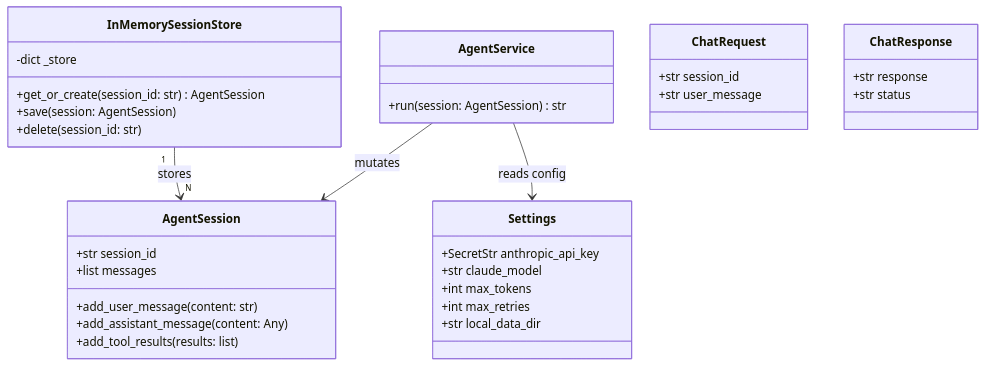
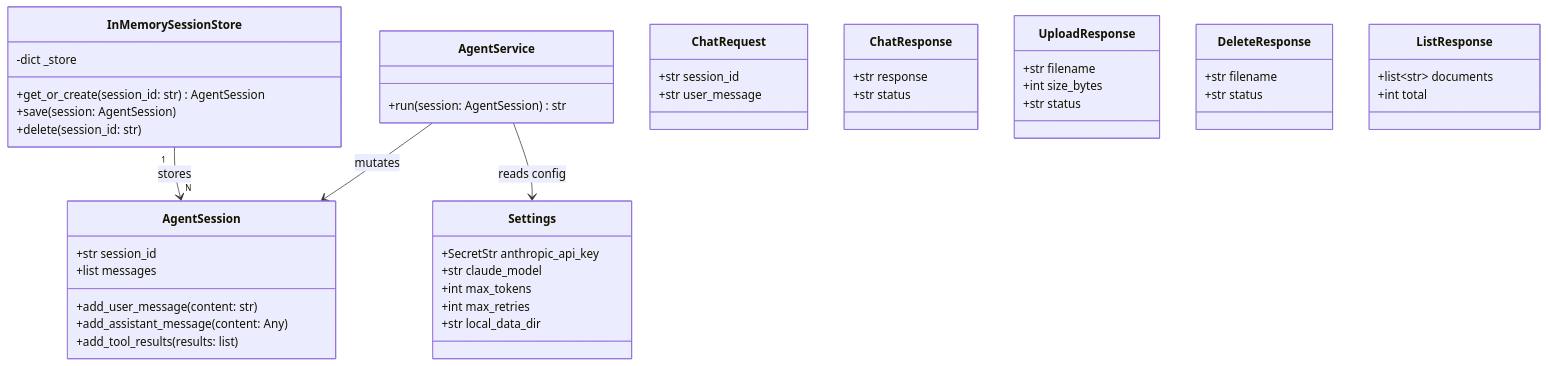
One commit to PenHsuanWang/ai-agent-document-mvp changed the second of 2 diagrams in README.md. Above: the diagram before and after it, drawn with Mermaid. The commit also changed other lines of this file, not shown here.

````diff
--- a/README.md
+++ b/README.md
@@ -38,43 +40,59 @@
 ```mermaid
 classDiagram
     class AgentSession {
         +str session_id
         +list messages
         +add_user_message(content: str)
         +add_assistant_message(content: Any)
         +add_tool_results(results: list)
     }
 
     class InMemorySessionStore {
         -dict _store
         +get_or_create(session_id: str) AgentSession
         +save(session: AgentSession)
         +delete(session_id: str)
     }
 
     class AgentService {
         +run(session: AgentSession) str
     }
 
     class Settings {
         +SecretStr anthropic_api_key
         +str claude_model
         +int max_tokens
         +int max_retries
         +str local_data_dir
     }
 
     class ChatRequest {
         +str session_id
         +str user_message
     }
 
     class ChatResponse {
         +str response
         +str status
     }
 
+    class UploadResponse {
+        +str filename
+        +int size_bytes
+        +str status
+    }
+
+    class DeleteResponse {
+        +str filename
+        +str status
+    }
+
+    class ListResponse {
+        +list~str~ documents
+        +int total
+    }
+
     InMemorySessionStore "1" --> "N" AgentSession : stores
     AgentService --> AgentSession : mutates
     AgentService --> Settings : reads config
 ```
````
